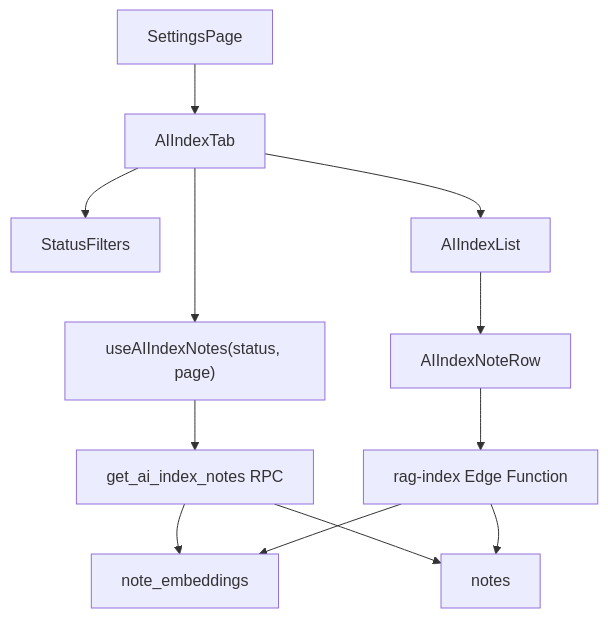
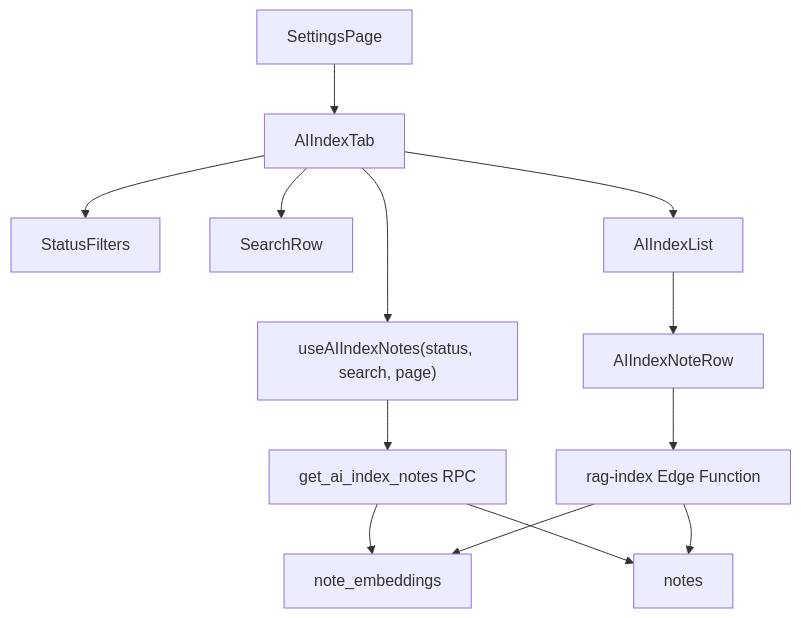
The diagram in docs/ai/design/feature-ai-index-page.md (koreyba/EverFreeNote), drawn with Mermaid before and after one commit. The commit also changed other lines of this file and 9 other files, not shown here.

````diff
--- a/docs/ai/design/feature-ai-index-page.md
+++ b/docs/ai/design/feature-ai-index-page.md
@@ -11,15 +11,16 @@
 ```mermaid
 graph TD
     SP["SettingsPage"] --> TAB["AIIndexTab"]
     TAB --> FILTERS["StatusFilters"]
+    TAB --> SEARCH["SearchRow"]
     TAB --> LIST["AIIndexList"]
     LIST --> ROW["AIIndexNoteRow"]
-    TAB --> HOOK["useAIIndexNotes(status, page)"]
+    TAB --> HOOK["useAIIndexNotes(status, search, page)"]
     ROW --> MUTATE["rag-index Edge Function"]
     HOOK --> FETCH["get_ai_index_notes RPC"]
 
     FETCH --> NOTES["notes"]
     FETCH --> EMB["note_embeddings"]
     MUTATE --> EMB
     MUTATE --> NOTES
 ```
````
